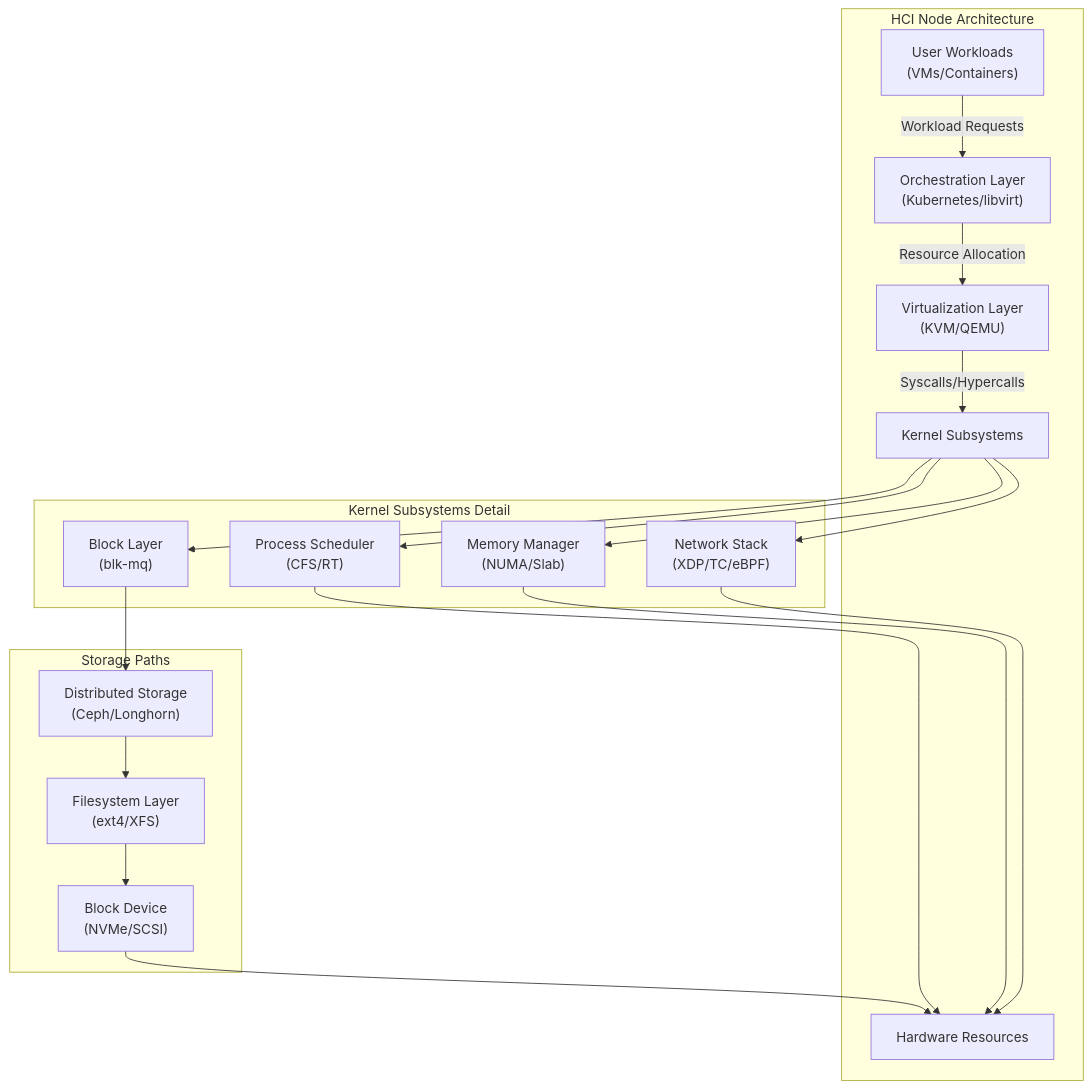
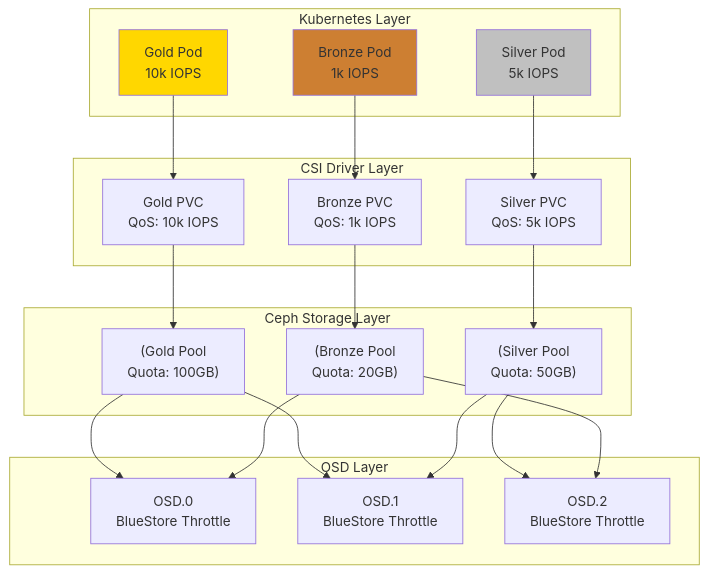
The fourth of 4 diagrams in topics/computing/infrastructure/hyperconverged_infrastructure/labs.md (blebleblee/synapse), drawn with Mermaid before and after one commit. The commit also changed other lines of this file and 6 other files, not shown here.

````diff
--- a/topics/computing/infrastructure/hyperconverged_infrastructure/labs.md
+++ b/topics/computing/infrastructure/hyperconverged_infrastructure/labs.md
@@ -18,38 +1467,45 @@
 ```mermaid
 graph TB
-    subgraph "HCI Node Architecture"
-        A["User Workloads<br/>(VMs/Containers)"]
-        B["Orchestration Layer<br/>(Kubernetes/libvirt)"]
-        C["Virtualization Layer<br/>(KVM/QEMU)"]
-        D["Kernel Subsystems"]
-        E["Hardware Resources"]
+    subgraph kubernetes ["Kubernetes Layer"]
+        gold_pod["Gold Pod<br/>10k IOPS"]
+        silver_pod["Silver Pod<br/>5k IOPS"]
+        bronze_pod["Bronze Pod<br/>1k IOPS"]
     end
     
-    subgraph "Kernel Subsystems Detail"
-        D1["Process Scheduler<br/>(CFS/RT)"]
-        D2["Memory Manager<br/>(NUMA/Slab)"]
-        D3["Network Stack<br/>(XDP/TC/eBPF)"]
-        D4["Block Layer<br/>(blk-mq)"]
+    subgraph csi ["CSI Driver Layer"]
+        gold_pvc["Gold PVC<br/>QoS: 10k IOPS"]
+        silver_pvc["Silver PVC<br/>QoS: 5k IOPS"]
+        bronze_pvc["Bronze PVC<br/>QoS: 1k IOPS"]
     end
     
-    subgraph "Storage Paths"
-        S1["Distributed Storage<br/>(Ceph/Longhorn)"]
-        S2["Filesystem Layer<br/>(ext4/XFS)"]
-        S3["Block Device<br/>(NVMe/SCSI)"]
+    subgraph ceph ["Ceph Storage Layer"]
+        gold_pool["(Gold Pool<br/>Quota: 100GB)"]
+        silver_pool["(Silver Pool<br/>Quota: 50GB)"]
+        bronze_pool["(Bronze Pool<br/>Quota: 20GB)"]
     end
     
-    A -->|"Workload Requests"| B
-    B -->|"Resource Allocation"| C
-    C -->|"Syscalls/Hypercalls"| D
-    D --> D1
-    D --> D2
-    D --> D3
-    D --> D4
-    D4 --> S1
-    S1 --> S2
-    S2 --> S3
-    S3 --> E
-    D1 --> E
-    D2 --> E
-    D3 --> E
+    subgraph osds ["OSD Layer"]
+        osd1["OSD.0<br/>BlueStore Throttle"]
+        osd2["OSD.1<br/>BlueStore Throttle"]
+        osd3["OSD.2<br/>BlueStore Throttle"]
+    end
+    
+    gold_pod --> gold_pvc
+    silver_pod --> silver_pvc
+    bronze_pod --> bronze_pvc
+    
+    gold_pvc --> gold_pool
+    silver_pvc --> silver_pool
+    bronze_pvc --> bronze_pool
+    
+    gold_pool --> osd1
+    gold_pool --> osd2
+    silver_pool --> osd2
+    silver_pool --> osd3
+    bronze_pool --> osd1
+    bronze_pool --> osd3
+    
+    style gold_pod fill:#ffd700
+    style silver_pod fill:#c0c0c0
+    style bronze_pod fill:#cd7f32
 ```
````
